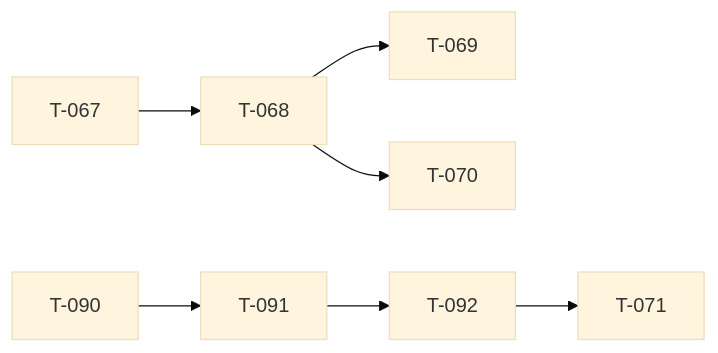
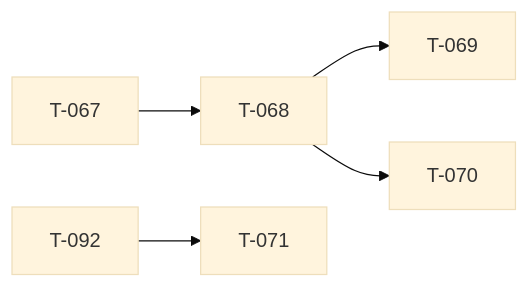
One commit to darkforce09/TBD-reforger changed the diagram in docs/TICKET_LEAD.md. Above: the diagram before and after it, drawn with Mermaid (base theme). The commit also changed other lines of this file and 27 other files, not shown here.

````diff
--- a/docs/TICKET_LEAD.md
+++ b/docs/TICKET_LEAD.md
@@ -30,9 +30,7 @@
 ```mermaid
 flowchart LR
   T067[T-067] --> T068[T-068]
   T068[T-068] --> T069[T-069]
   T068[T-068] --> T070[T-070]
   T092[T-092] --> T071[T-071]
-  T090[T-090] --> T091[T-091]
-  T091[T-091] --> T092[T-092]
 ```
````
